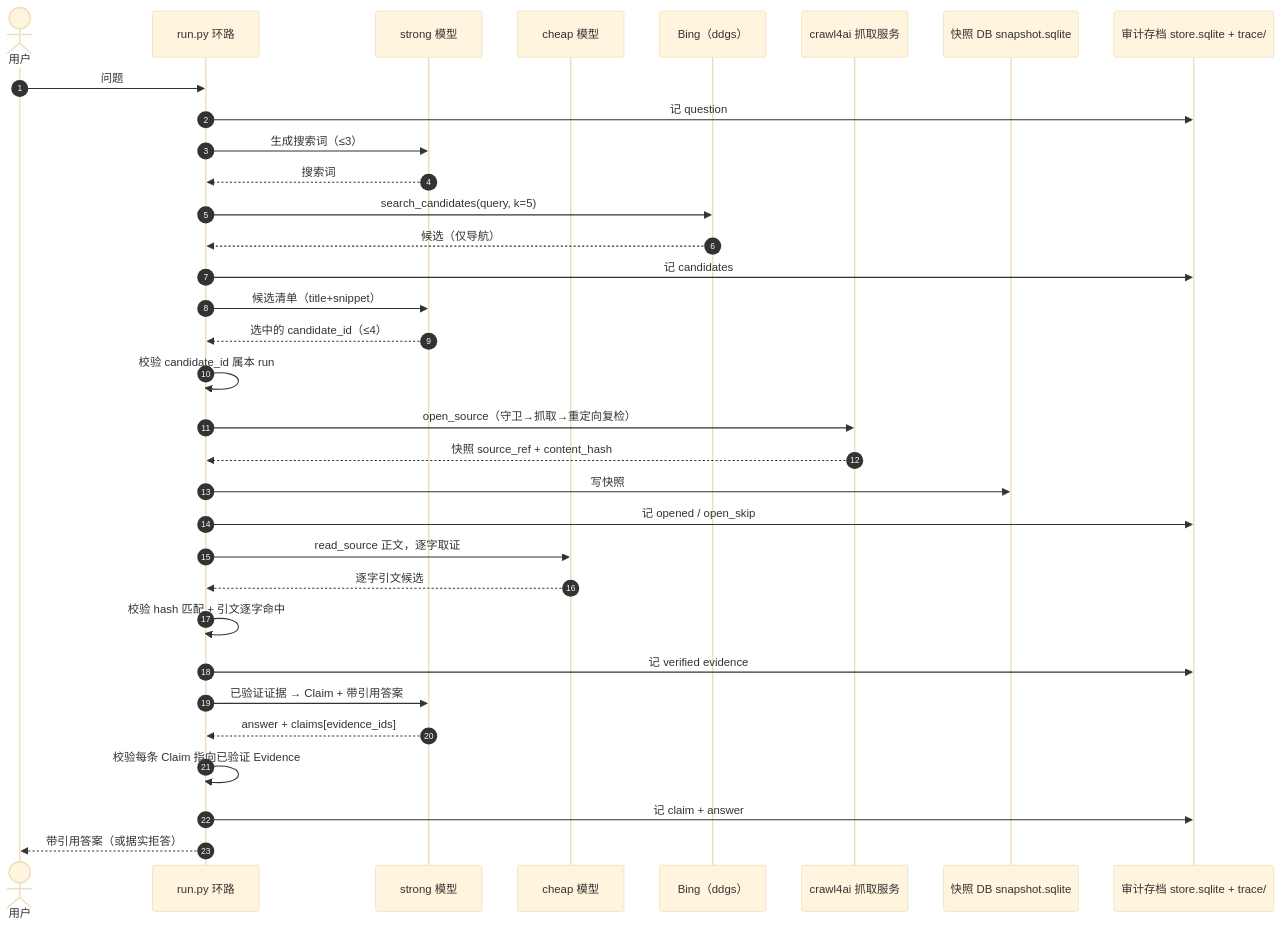
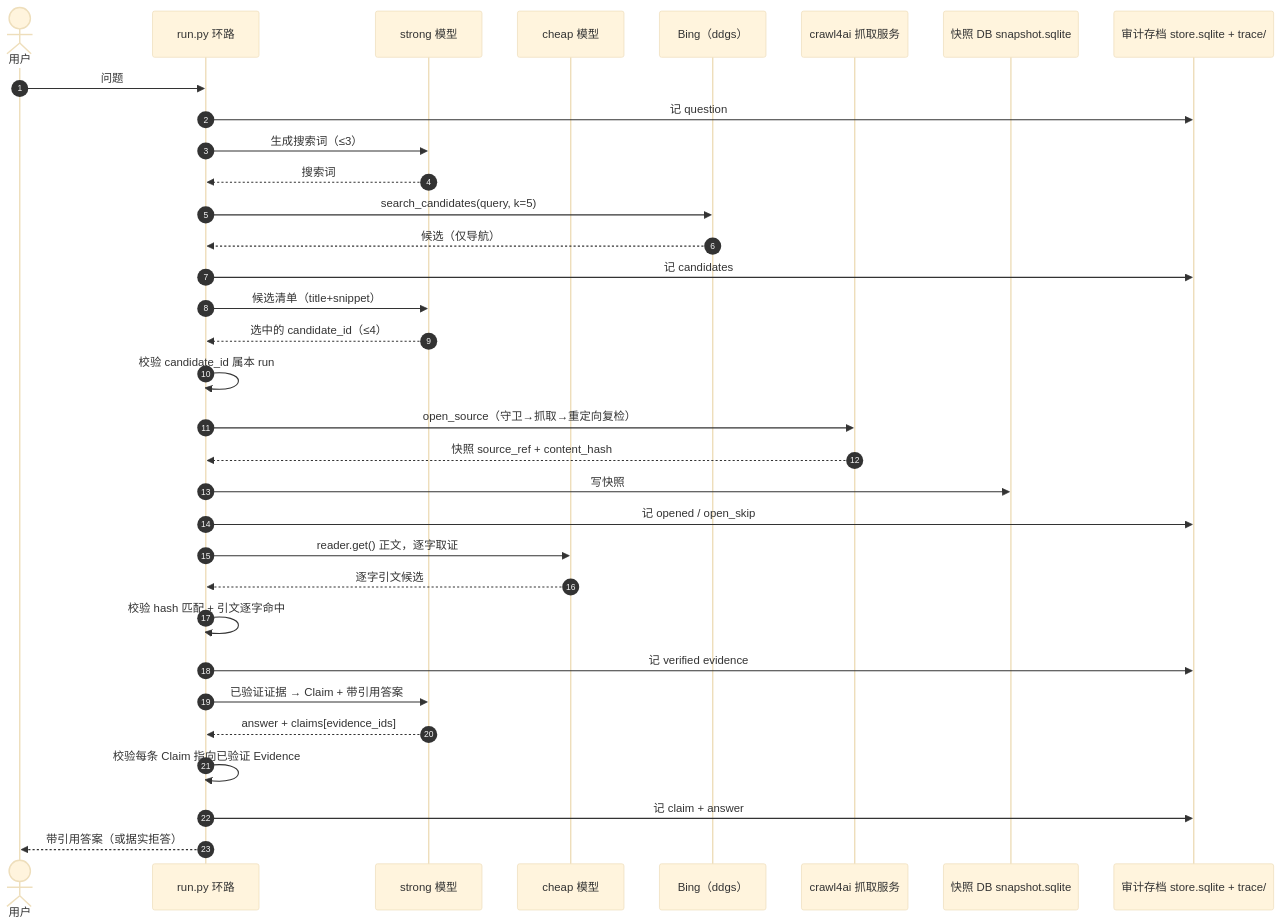
Before and after one commit to SuperCatQR/traceable-research-runtime: the second of 2 diagrams in docs/web-search-architecture.md, drawn with Mermaid (base theme). The commit also changed other lines of this file, not shown here.

Commit message:
docs(web-search): snapshot能力对象注入:make_writer/make_reader,废弃read_source

````diff
--- a/docs/web-search-architecture.md
+++ b/docs/web-search-architecture.md
@@ -144,36 +145,36 @@
 ```mermaid
 sequenceDiagram
     autonumber
     actor U as 用户
     participant R as run.py 环路
     participant S as strong 模型
     participant C as cheap 模型
     participant SE as Bing（ddgs）
     participant CR as crawl4ai 抓取服务
     participant SNAP as 快照 DB snapshot.sqlite
     participant AUD as 审计存档 store.sqlite + trace/
 
     U->>R: 问题
     R->>AUD: 记 question
     R->>S: 生成搜索词（≤3）
     S-->>R: 搜索词
     R->>SE: search_candidates(query, k=5)
     SE-->>R: 候选（仅导航）
     R->>AUD: 记 candidates
     R->>S: 候选清单（title+snippet）
     S-->>R: 选中的 candidate_id（≤4）
     R->>R: 校验 candidate_id 属本 run
     R->>CR: open_source（守卫→抓取→重定向复检）
     CR-->>R: 快照 source_ref + content_hash
     R->>SNAP: 写快照
     R->>AUD: 记 opened / open_skip
-    R->>C: read_source 正文，逐字取证
+    R->>C: reader.get() 正文，逐字取证
     C-->>R: 逐字引文候选
     R->>R: 校验 hash 匹配 + 引文逐字命中
     R->>AUD: 记 verified evidence
     R->>S: 已验证证据 → Claim + 带引用答案
     S-->>R: answer + claims[evidence_ids]
     R->>R: 校验每条 Claim 指向已验证 Evidence
     R->>AUD: 记 claim + answer
     R-->>U: 带引用答案（或据实拒答）
 ```
````
